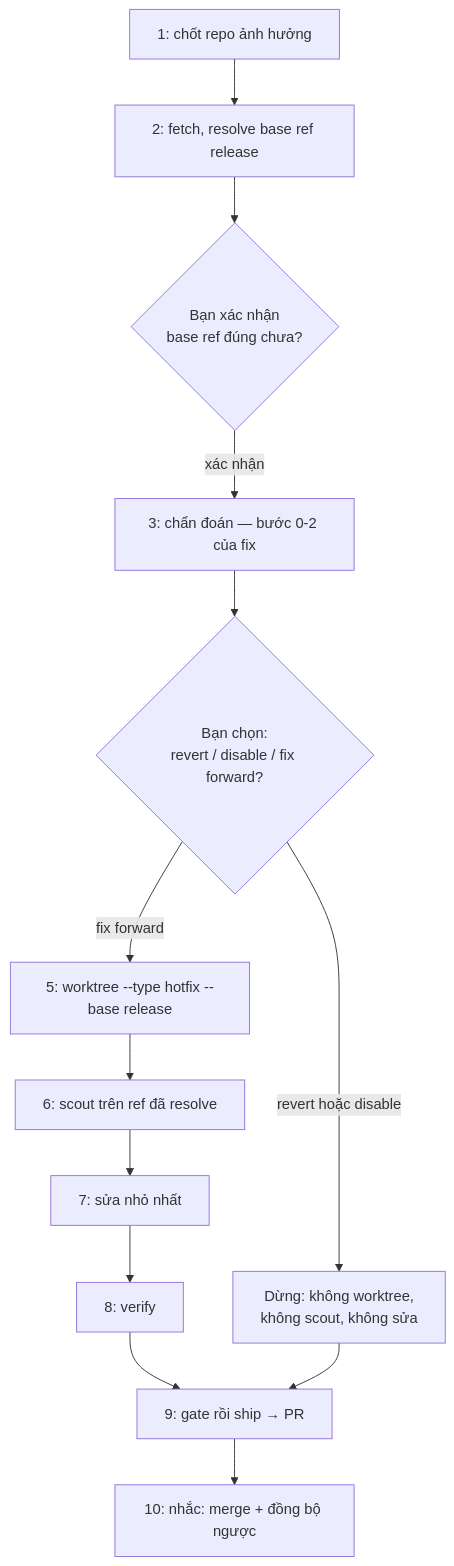
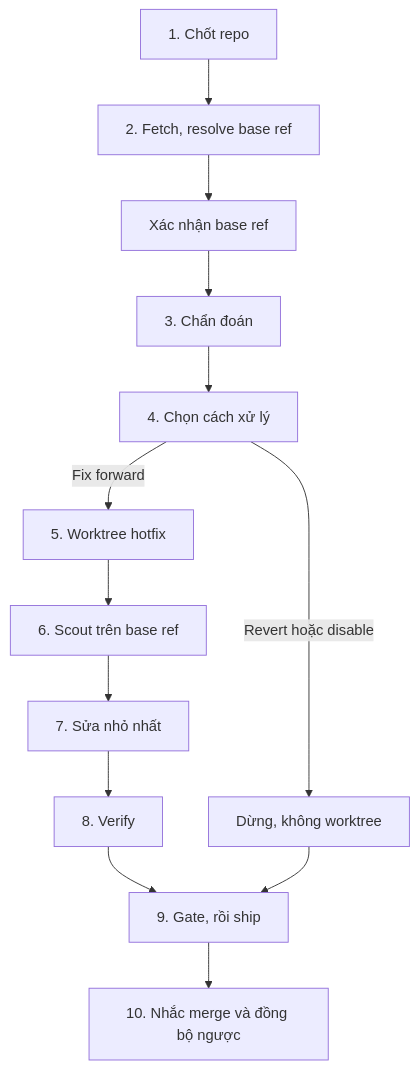
One commit to ZenifyAIContactCenter/zenify-kit changed the diagram in website/workflows/hotfix.md. Above: the diagram before and after it, drawn with Mermaid. The commit also changed other lines of this file and 16 other files, not shown here.

````diff
--- a/website/workflows/hotfix.md
+++ b/website/workflows/hotfix.md
@@ -32,15 +34,18 @@
 ```mermaid
 flowchart TD
-  A[1: chốt repo ảnh hưởng] --> B[2: fetch, resolve base ref release]
-  B --> C{Bạn xác nhận<br/>base ref đúng chưa?}
-  C -- xác nhận --> D[3: chẩn đoán — bước 0-2 của fix]
-  D --> E{Bạn chọn:<br/>revert / disable / fix forward?}
-  E -- revert hoặc disable --> F[Dừng: không worktree,<br/>không scout, không sửa]
-  E -- fix forward --> G[5: worktree --type hotfix --base release]
-  G --> H[6: scout trên ref đã resolve]
-  H --> I[7: sửa nhỏ nhất]
-  I --> J[8: verify]
-  J --> K[9: gate rồi ship → PR]
+  A["1. Chốt repo"] --> B["2. Fetch, resolve base ref"]
+  B --> C["Xác nhận base ref"]
+  C --> D["3. Chẩn đoán"]
+  D --> E["4. Chọn cách xử lý"]
+  E -->|Revert hoặc disable| F["Dừng, không worktree"]
+  E -->|Fix forward| G["5. Worktree hotfix"]
+  G --> H["6. Scout trên base ref"]
+  H --> I["7. Sửa nhỏ nhất"]
+  I --> J["8. Verify"]
+  J --> K["9. Gate, rồi ship"]
   F --> K
-  K --> L[10: nhắc: merge + đồng bộ ngược]
+  K --> L["10. Nhắc merge và đồng bộ ngược"]
+  class A,B,D,G,H,I,J,K,L action
+  class C,E user
+  class F stop
 ```
````
